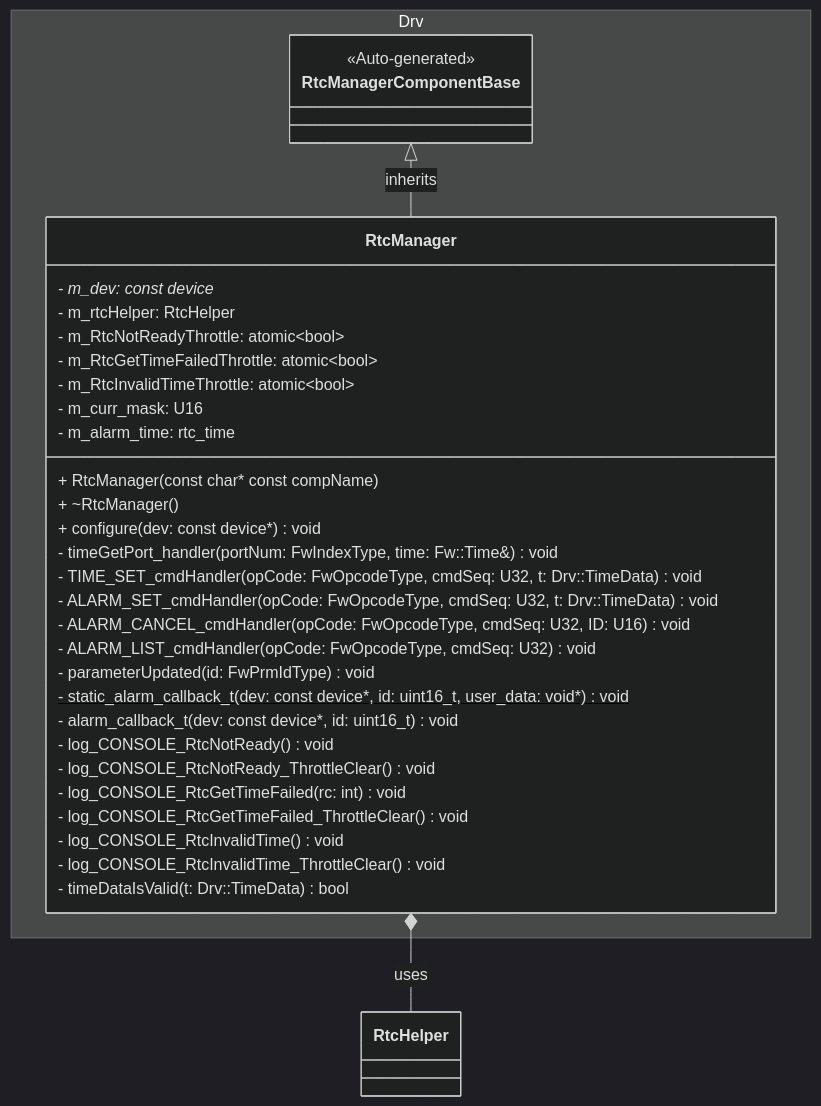
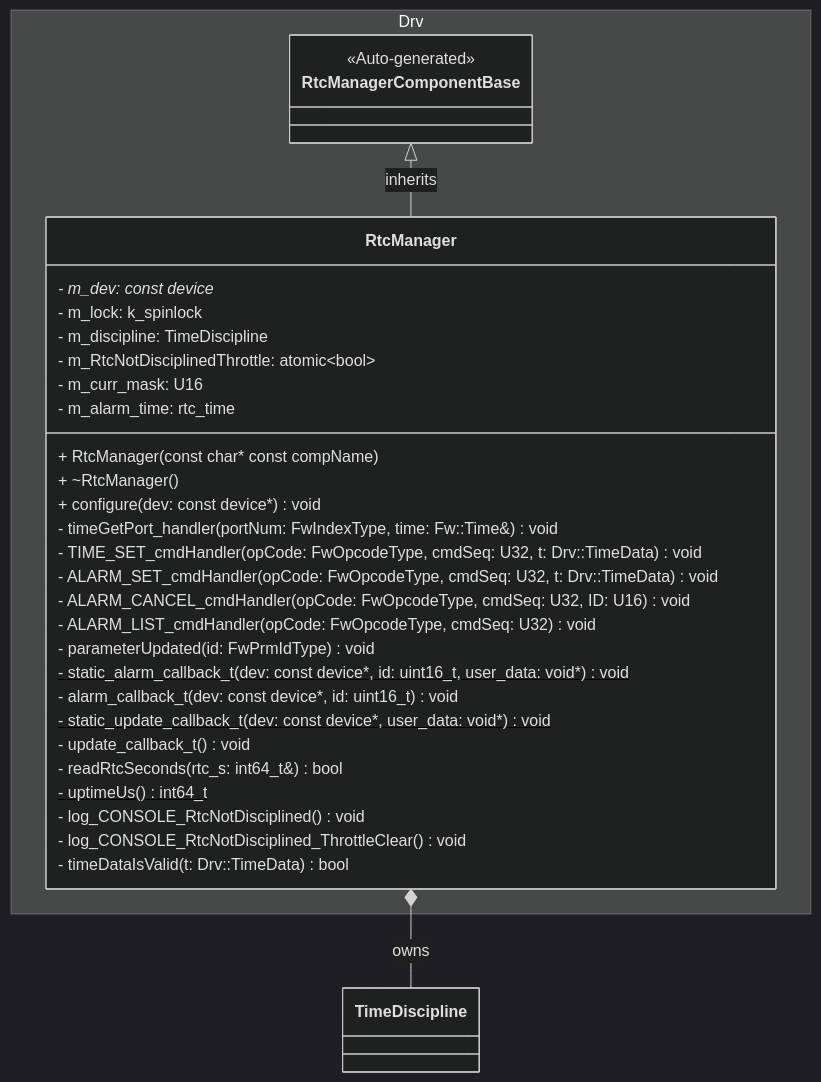
One commit to Open-Source-Space-Foundation/proves-core-reference changed the first of 18 diagrams in docs-site/components/RtcManager.md. Above: the diagram before and after it, drawn with Mermaid (dark theme). The commit also changed other lines of this file and 1 other file, not shown here.

First line of the commit message:
docs(rtc): SDD for time offset disciplined by the RTC update interrupt

````diff
--- a/docs-site/components/RtcManager.md
+++ b/docs-site/components/RtcManager.md
@@ -181,42 +207,41 @@
 ```mermaid
 classDiagram
     namespace Drv {
         class RtcManagerComponentBase {
             <<Auto-generated>>
         }
         class RtcManager {
             - m_dev: const device*
-            - m_rtcHelper: RtcHelper
-            - m_RtcNotReadyThrottle: atomic~bool~
-            - m_RtcGetTimeFailedThrottle: atomic~bool~
-            - m_RtcInvalidTimeThrottle: atomic~bool~
+            - m_lock: k_spinlock
+            - m_discipline: TimeDiscipline
+            - m_RtcNotDisciplinedThrottle: atomic~bool~
             - m_curr_mask: U16
             - m_alarm_time: rtc_time
 
             + RtcManager(const char* const compName)
             + ~RtcManager()
             + configure(dev: const device*) void
 
             - timeGetPort_handler(portNum: FwIndexType, time: Fw::Time&) void
 
             - TIME_SET_cmdHandler(opCode: FwOpcodeType, cmdSeq: U32, t: Drv::TimeData) void
             - ALARM_SET_cmdHandler(opCode: FwOpcodeType, cmdSeq: U32, t: Drv::TimeData) void
             - ALARM_CANCEL_cmdHandler(opCode: FwOpcodeType, cmdSeq: U32, ID: U16) void
             - ALARM_LIST_cmdHandler(opCode: FwOpcodeType, cmdSeq: U32) void
 
             - parameterUpdated(id: FwPrmIdType) void
 
             - static_alarm_callback_t(dev: const device*, id: uint16_t, user_data: void*) void$
             - alarm_callback_t(dev: const device*, id: uint16_t) void
-            - log_CONSOLE_RtcNotReady() void
-            - log_CONSOLE_RtcNotReady_ThrottleClear() void
-            - log_CONSOLE_RtcGetTimeFailed(rc: int) void
-            - log_CONSOLE_RtcGetTimeFailed_ThrottleClear() void
-            - log_CONSOLE_RtcInvalidTime() void
-            - log_CONSOLE_RtcInvalidTime_ThrottleClear() void
+            - static_update_callback_t(dev: const device*, user_data: void*) void$
+            - update_callback_t() void
+            - readRtcSeconds(rtc_s: int64_t&) bool
+            - uptimeUs() int64_t$
+            - log_CONSOLE_RtcNotDisciplined() void
+            - log_CONSOLE_RtcNotDisciplined_ThrottleClear() void
             - timeDataIsValid(t: Drv::TimeData) bool
         }
     }
     RtcManagerComponentBase <|-- RtcManager : inherits
-    RtcManager *-- RtcHelper : uses
+    RtcManager *-- TimeDiscipline : owns
 ```
````
